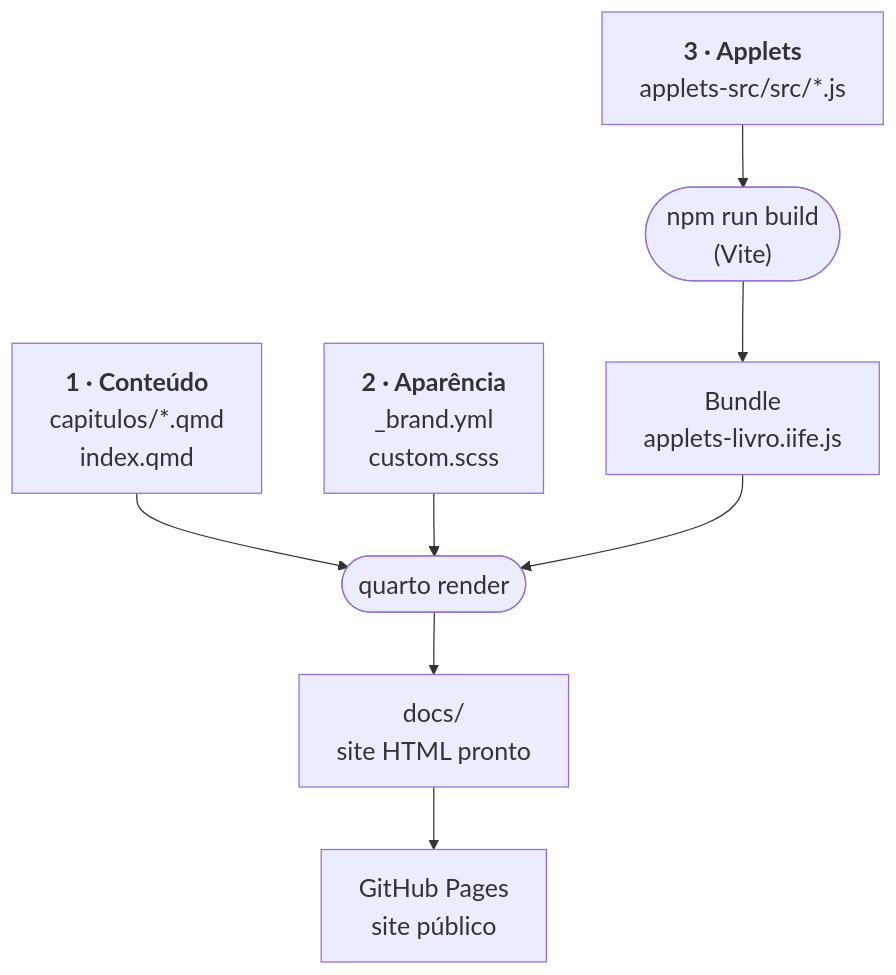
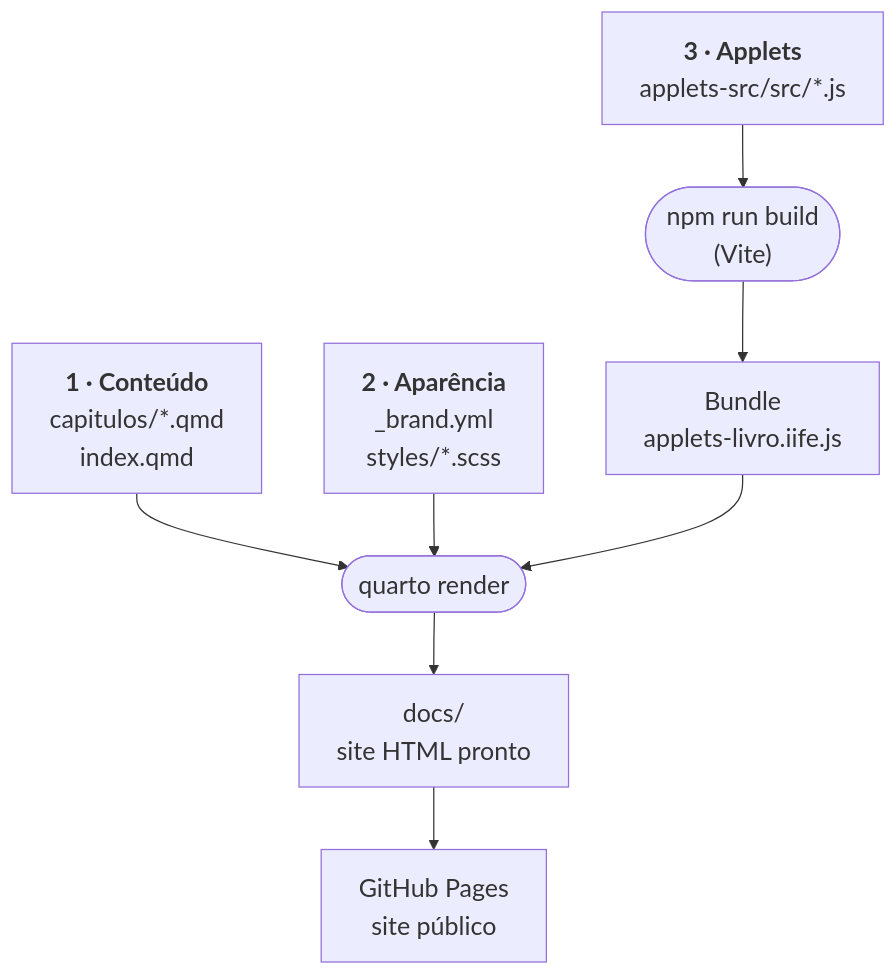
One commit to lcmerlo/livro-online-fcg changed the first of 9 diagrams in _interno/diretrizes/arquitetura.md. Above: the diagram before and after it, drawn with Mermaid. The commit also changed other lines of this file and 6 other files, not shown here.

````diff
--- a/_interno/diretrizes/arquitetura.md
+++ b/_interno/diretrizes/arquitetura.md
@@ -32,17 +32,17 @@
 ```mermaid
 %%{init: {"themeVariables": {"fontSize": "20px"}, "flowchart": {"wrappingWidth": 420}}}%%
 flowchart TD
     qmd["<b>1 · Conteúdo</b><br/>capitulos/*.qmd<br/>index.qmd"]
-    estilo["<b>2 · Aparência</b><br/>_brand.yml<br/>custom.scss"]
+    estilo["<b>2 · Aparência</b><br/>_brand.yml<br/>styles/*.scss"]
     src["<b>3 · Applets</b><br/>applets-src/src/*.js"]
 
     src --> vite(["npm run build<br/>(Vite)"])
     vite --> bundle["Bundle<br/>applets-livro.iife.js"]
 
     qmd --> render(["quarto render"])
     estilo --> render
     bundle --> render
 
     render --> docs["docs/<br/>site HTML pronto"]
     docs --> pages["GitHub Pages<br/>site público"]
 ```
````
